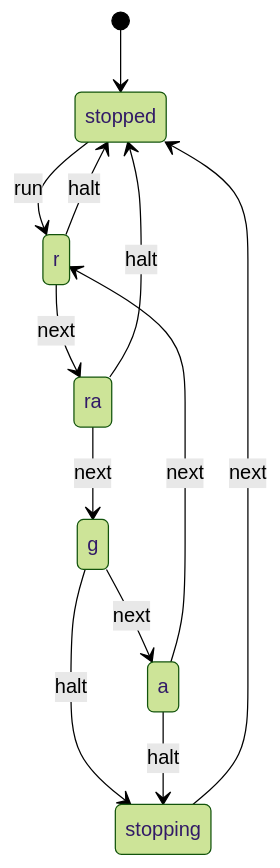
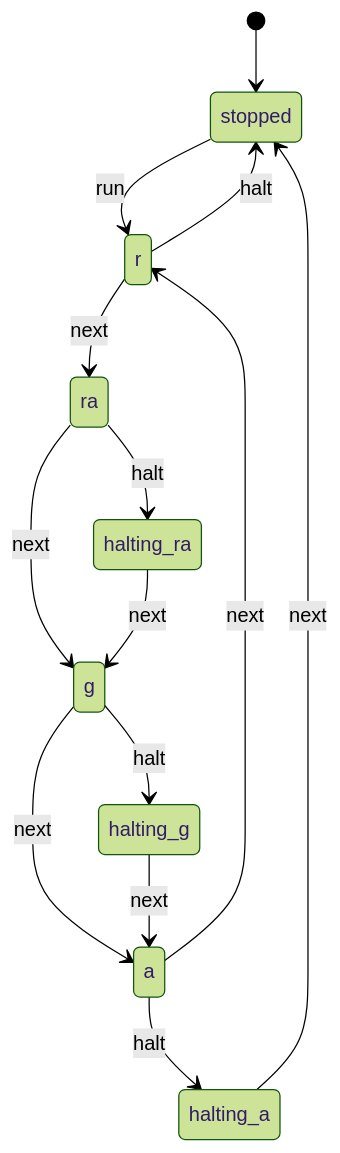
The diagram in doc/one-way.md (Janae024/E5-Assmt2-Traffic-Clojure), drawn with Mermaid (forest theme) before and after one commit. The commit also changed other lines of this file and 3 other files, not shown here.

````diff
--- a/doc/one-way.md
+++ b/doc/one-way.md
@@ -15,19 +15,21 @@
-``` mermaid
+```mermaid
 stateDiagram-v2
 
     [*] --> stopped
 
     stopped --> r : run
 
     r --> ra : next
     ra --> g : next
     g --> a : next
     a --> r : next
 
     r --> stopped : halt
-    ra --> stopped : halt
-    g --> stopping : halt
-    a --> stopping : halt
+    ra --> halting_ra : halt
+    g --> halting_g : halt
+    a --> halting_a : halt
 
-    stopping --> stopped : next
+    halting_ra --> g : next
+    halting_g --> a : next
+    halting_a --> stopped : next
 ```
````
